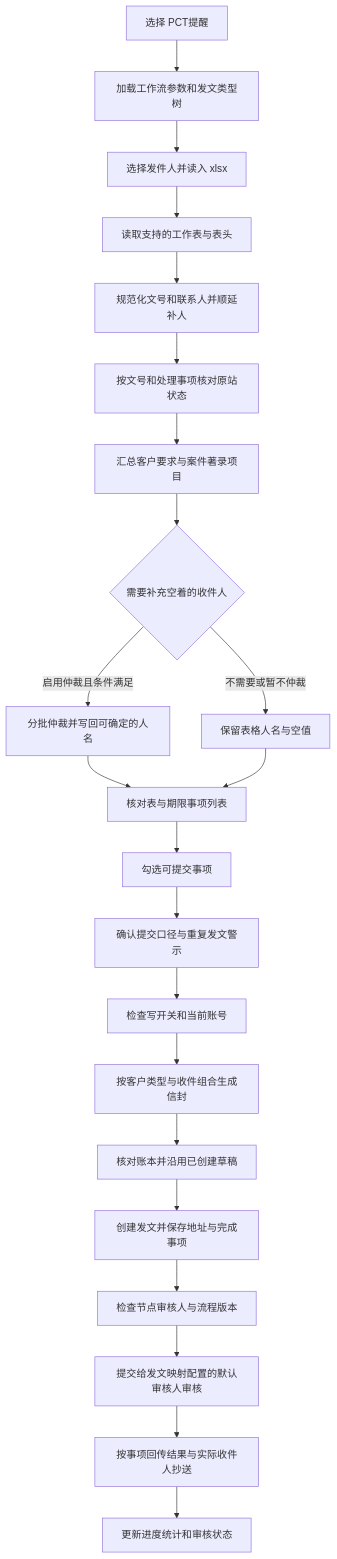
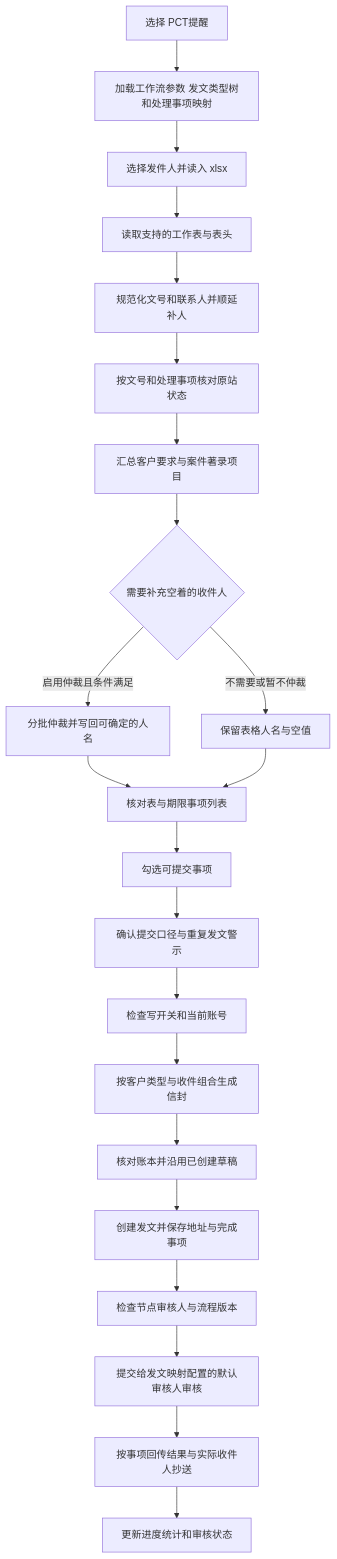
The first of 11 diagrams in patmail-extension/docs/workflows/PCT提醒.md (haohaizi233/patmail), drawn with Mermaid before and after one commit. The commit also changed other lines of this file and 12 other files, not shown here.

````diff
--- a/patmail-extension/docs/workflows/PCT提醒.md
+++ b/patmail-extension/docs/workflows/PCT提醒.md
@@ -9,28 +9,28 @@
 ```mermaid
 flowchart TD
-  A[选择 PCT提醒] --> B[加载工作流参数和发文类型树]
+  A[选择 PCT提醒] --> B[加载工作流参数 发文类型树和处理事项映射]
   B --> C[选择发件人并读入 xlsx]
   C --> D[读取支持的工作表与表头]
   D --> E[规范化文号和联系人并顺延补人]
   E --> F[按文号和处理事项核对原站状态]
   F --> G[汇总客户要求与案件著录项目]
   G --> H{需要补充空着的收件人}
   H -->|启用仲裁且条件满足| I[分批仲裁并写回可确定的人名]
   H -->|不需要或暂不仲裁| J[保留表格人名与空值]
   I --> K[核对表与期限事项列表]
   J --> K
   K --> L[勾选可提交事项]
   L --> M[确认提交口径与重复发文警示]
   M --> N[检查写开关和当前账号]
   N --> O[按客户类型与收件组合生成信封]
   O --> P[核对账本并沿用已创建草稿]
   P --> Q[创建发文并保存地址与完成事项]
   Q --> R[检查节点审核人与流程版本]
   R --> S[提交给发文映射配置的默认审核人审核]
   S --> T[按事项回传结果与实际收件人抄送]
   T --> U[更新进度统计和审核状态]
   class A pmStep
   class H pmDecision
   class S,T,U pmSuccess
   class M,P pmWarning
 ```
````
